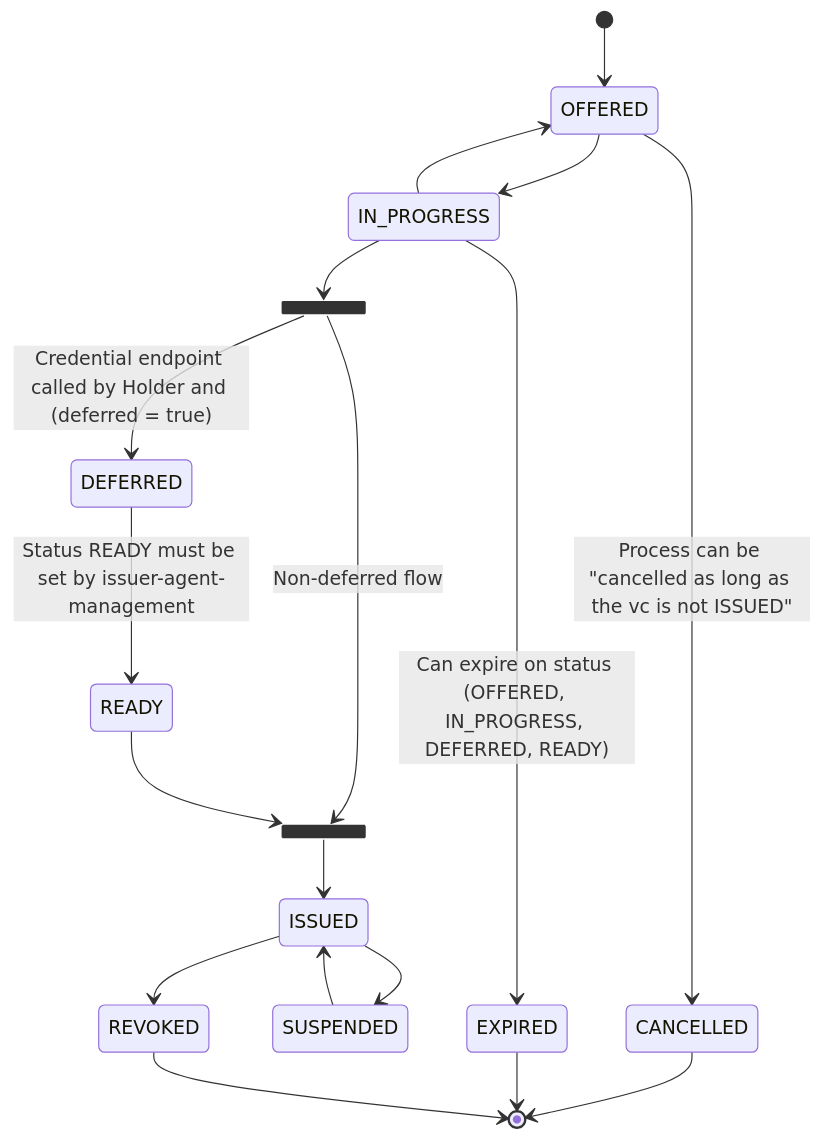
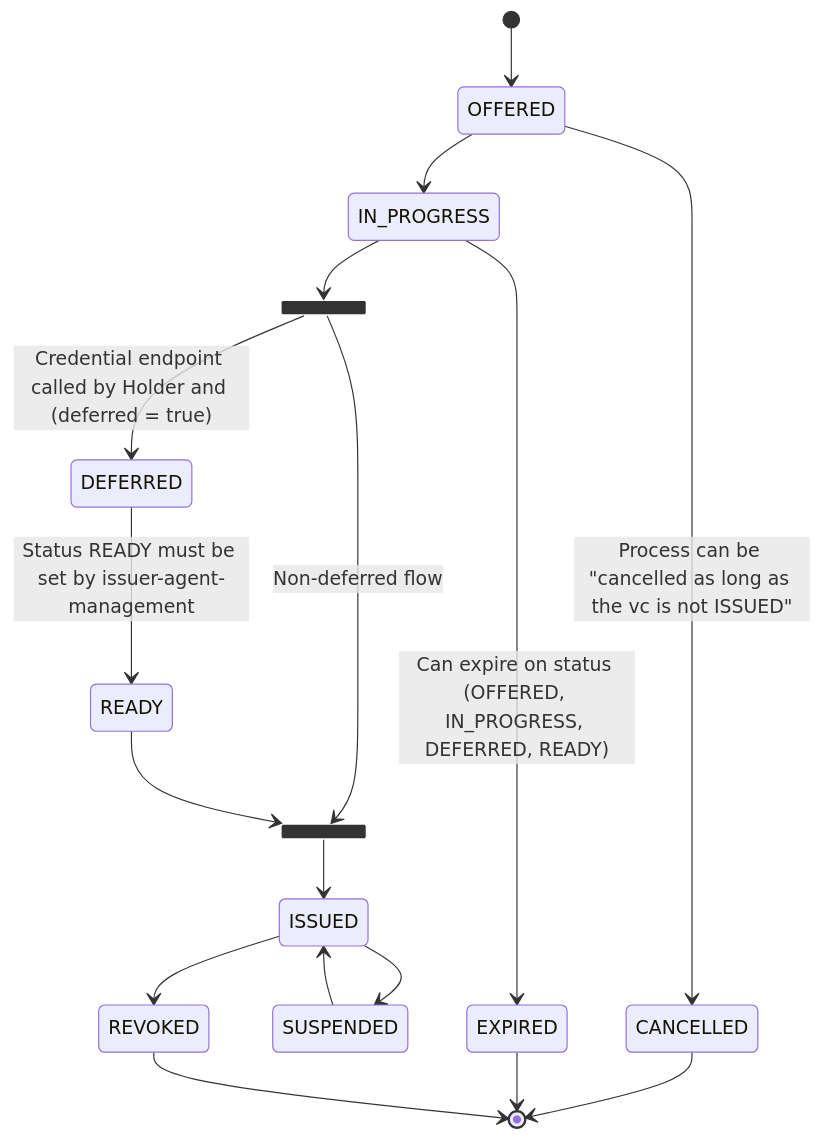
Before and after one commit to swiyu-admin-ch/swiyu-issuer: the fourth of 4 diagrams in README.md, drawn with Mermaid. The commit also changed 4 other files, not shown here.

````diff
--- a/README.md
+++ b/README.md
@@ -412,30 +412,29 @@
 ```mermaid
 stateDiagram-v2
     OFFERED
     IN_PROGRESS
     state fork_state <<fork>>
     DEFERRED
     READY
     state join_state <<join>>
     EXPIRED
     ISSUED
     SUSPENDED
     REVOKED
     [*] --> OFFERED
     OFFERED --> CANCELLED : Process can be "cancelled as long as the vc is not ISSUED"
     CANCELLED --> [*]
-    IN_PROGRESS --> OFFERED
     OFFERED --> IN_PROGRESS
     IN_PROGRESS --> fork_state
     fork_state --> DEFERRED : Credential endpoint called by Holder and (deferred = true)
     fork_state --> join_state : Non-deferred flow
     IN_PROGRESS --> EXPIRED : Can expire on status (OFFERED, IN_PROGRESS, DEFERRED, READY)
     EXPIRED --> [*]
     DEFERRED --> READY : Status READY must be set by issuer-agent-management
     READY --> join_state
     join_state --> ISSUED
     ISSUED --> SUSPENDED
     SUSPENDED --> ISSUED
     ISSUED --> REVOKED
     REVOKED --> [*]
 ```
````
